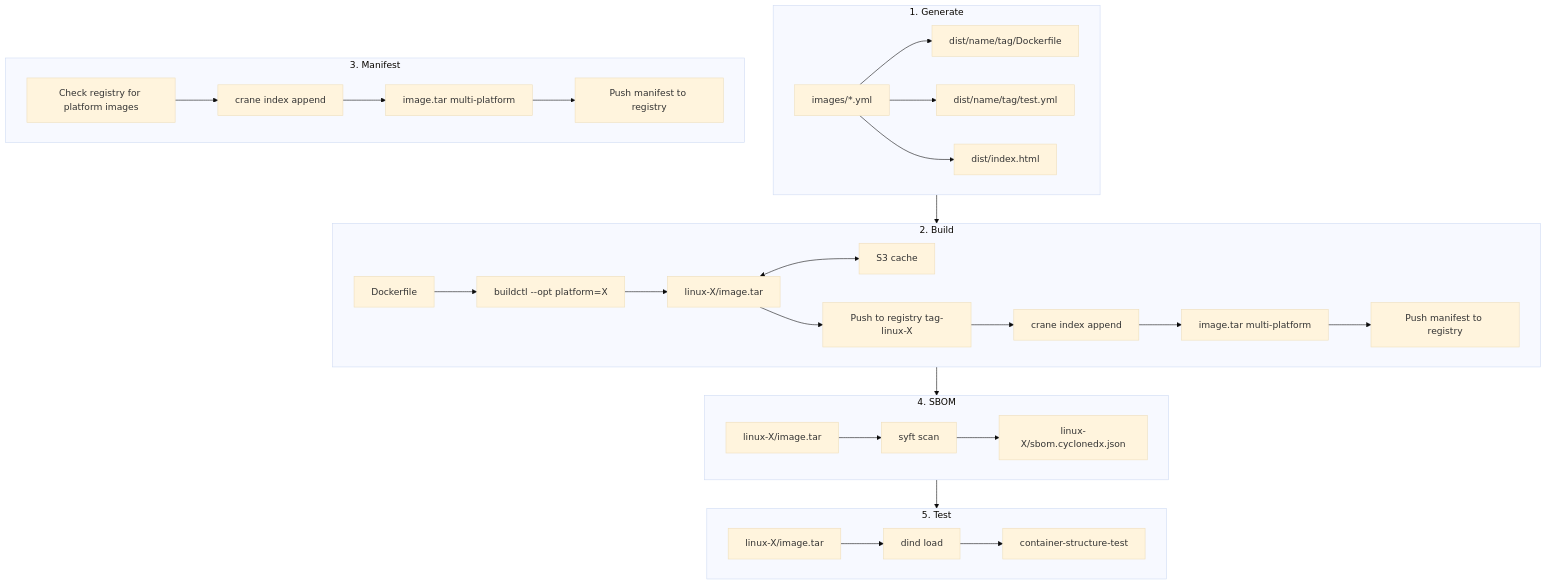
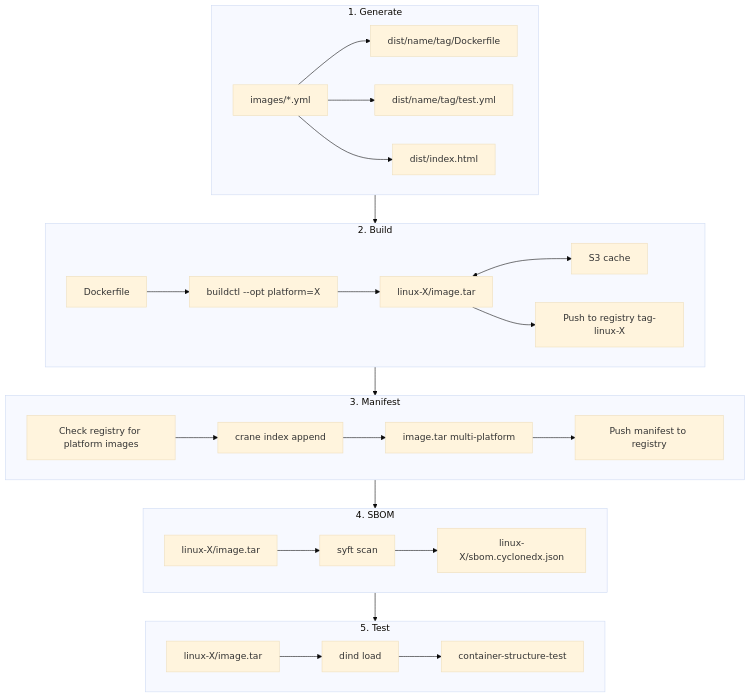
The fifth of 6 diagrams in README.md (timo-reymann/poc-container-image-manager), drawn with Mermaid (base theme) before and after one commit.

Commit message:
docs: separate build and manifest steps in build flow diagram
Step 2 (Build) now only builds platform images and pushes
platform-specific tags. Step 3 (Manifest) handles creating
the multi-platform manifest from registry images.

Flow: Generate → Build → Manifest → SBOM → Test

````diff
--- a/README.md
+++ b/README.md
@@ -804,39 +804,37 @@
 ```mermaid
 flowchart TD
     subgraph Generate ["1. Generate"]
         GEN_IN[images/*.yml] --> GEN_OUT1[dist/name/tag/Dockerfile]
         GEN_IN --> GEN_OUT2[dist/name/tag/test.yml]
         GEN_IN --> GEN_OUT3[dist/index.html]
     end
 
     subgraph Build ["2. Build"]
         DF[Dockerfile] --> BC[buildctl --opt platform=X]
         BC --> TAR[linux-X/image.tar]
         TAR <--> S3[S3 cache]
         TAR --> REG[Push to registry tag-linux-X]
-        REG --> CRANE[crane index append]
-        CRANE --> MP[image.tar multi-platform]
-        MP --> REGM[Push manifest to registry]
     end
 
     subgraph Manifest ["3. Manifest"]
         CHECK[Check registry for platform images]
-        CHECK --> CRANE2[crane index append]
-        CRANE2 --> MP2[image.tar multi-platform]
-        MP2 --> REGM2[Push manifest to registry]
+        CHECK --> CRANE[crane index append]
+        CRANE --> MP[image.tar multi-platform]
+        MP --> REGM[Push manifest to registry]
     end
 
     subgraph SBOM ["4. SBOM"]
         TAR2[linux-X/image.tar] --> SYFT[syft scan]
         SYFT --> SBOM_OUT[linux-X/sbom.cyclonedx.json]
     end
 
     subgraph Test ["5. Test"]
         TAR3[linux-X/image.tar] --> DIND[dind load]
         DIND --> CST[container-structure-test]
     end
 
     Generate --> Build
-    Build --> SBOM
+    Build --> Manifest
+    Manifest --> SBOM
     SBOM --> Test
 ```
````
